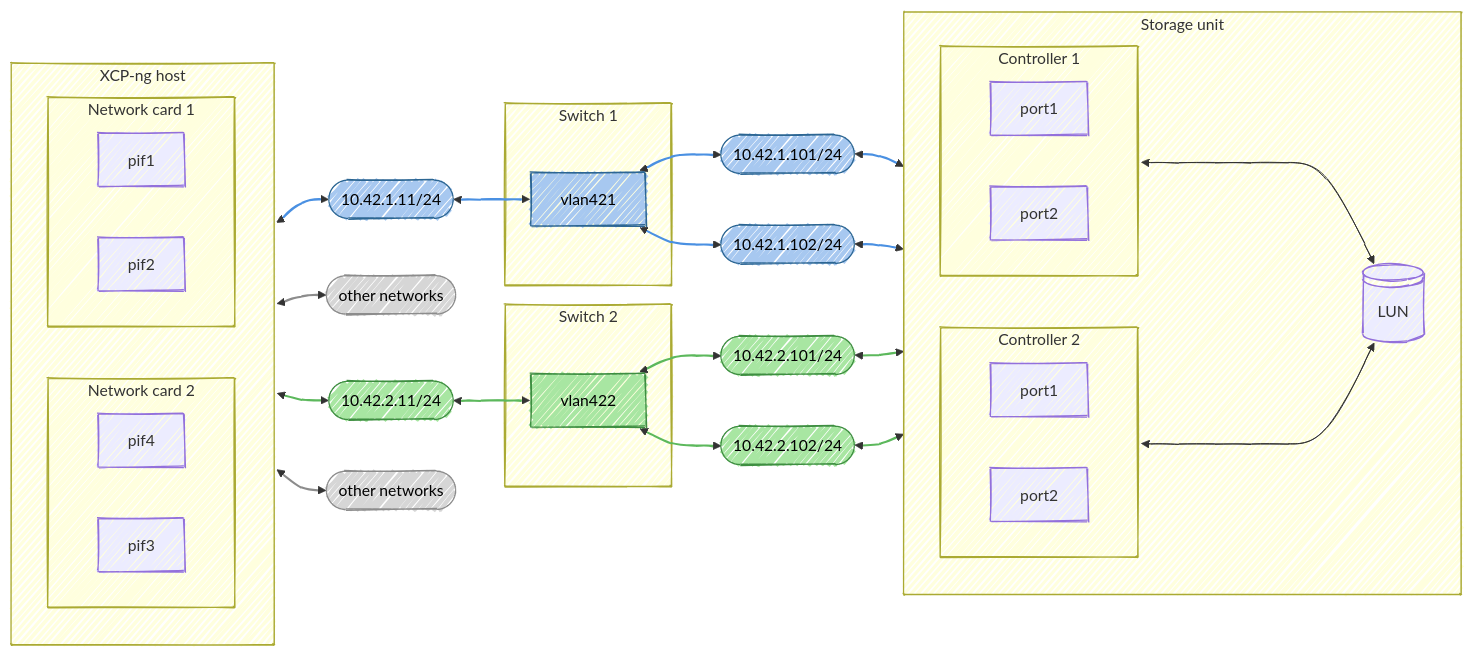
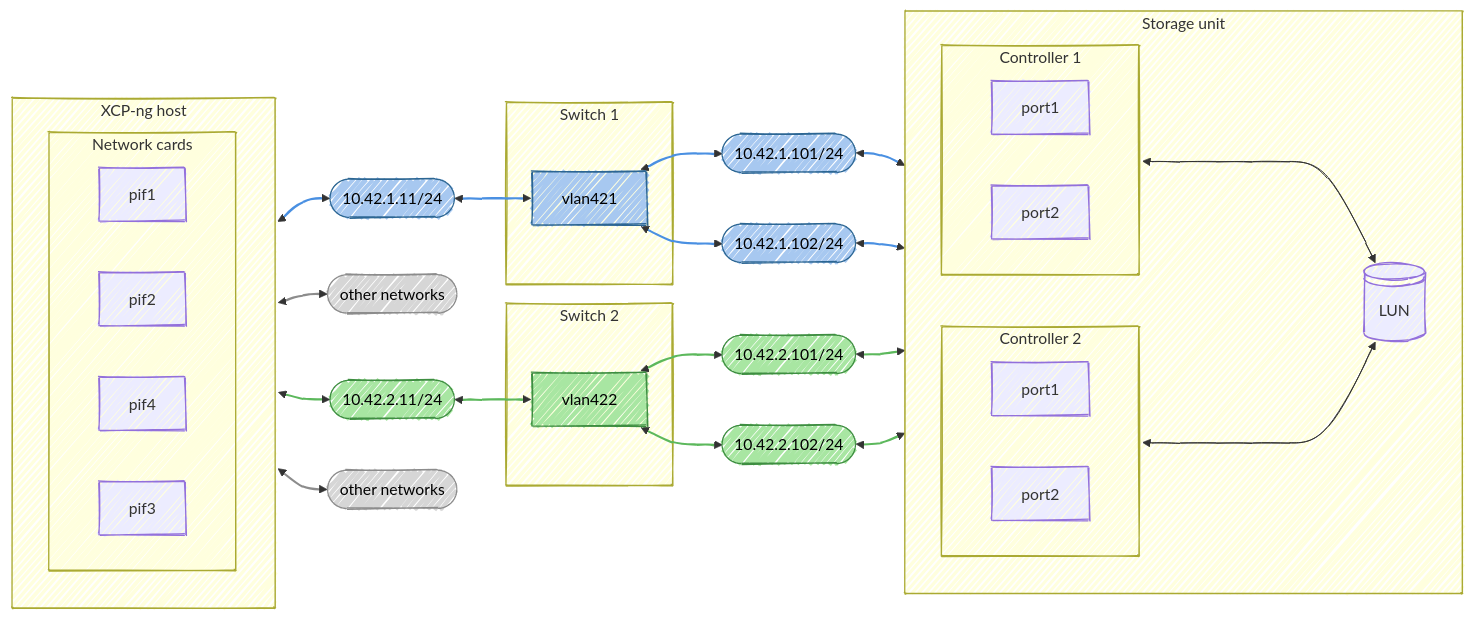
Before and after one commit to xcp-ng/xcp-ng-org: the first of 2 diagrams in docs/storage/multipathing.md, drawn with Mermaid. The commit also changed other lines of this file, not shown here.

Commit message:
doc(XCP-ng): Adding multipathing guideline - simplification of the iSCSI requirements
Simplification of the iSCSI requirements

```diff
--- a/docs/storage/multipathing.md
+++ b/docs/storage/multipathing.md
@@ -56,15 +56,12 @@
 
   subgraph server[XCP-ng host]
     direction LR
-    subgraph Card2[Network card 2]
-        direction RL
-        card2pif1[pif4]
-        card2pif2[pif3]
-    end
-    subgraph Card1[Network card 1]
+    subgraph Card1[Network cards]
         direction RL
         card1pif1[pif1]
         card1pif2[pif2]
+        card2pif1[pif4]
+        card2pif2[pif3]
     end
   end
   subgraph Switch 2
```
